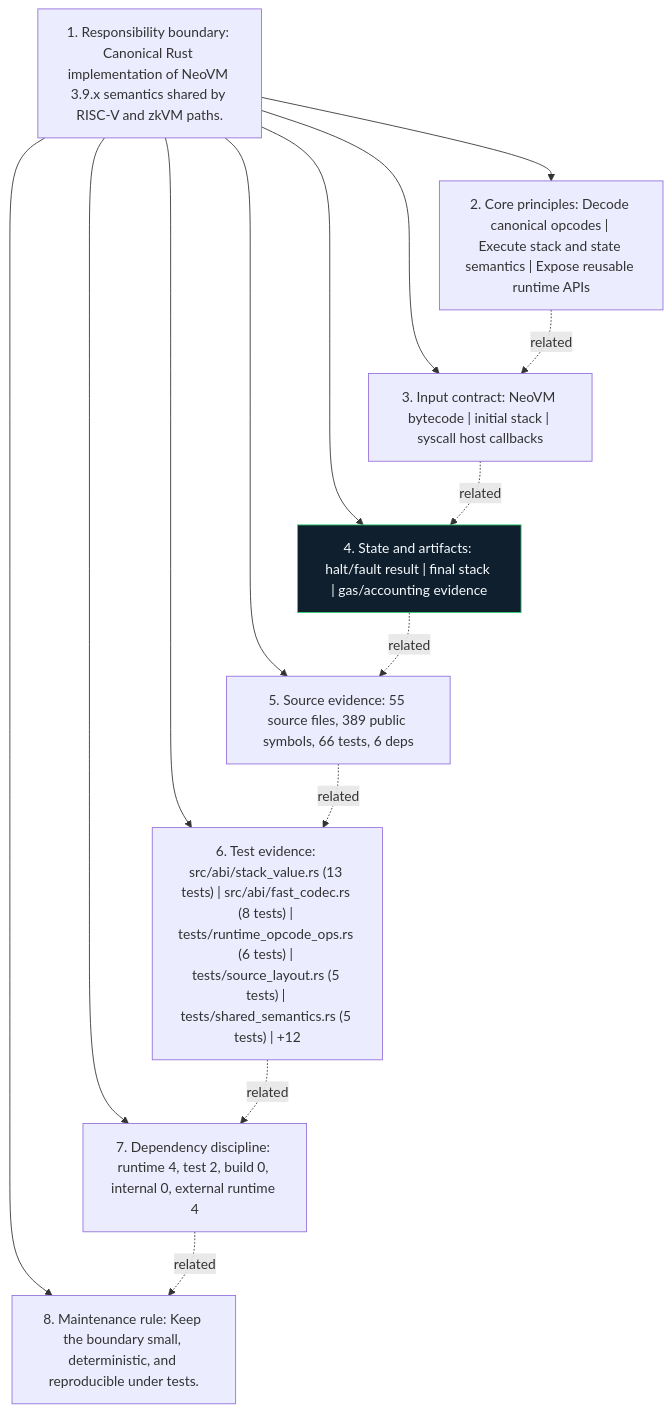
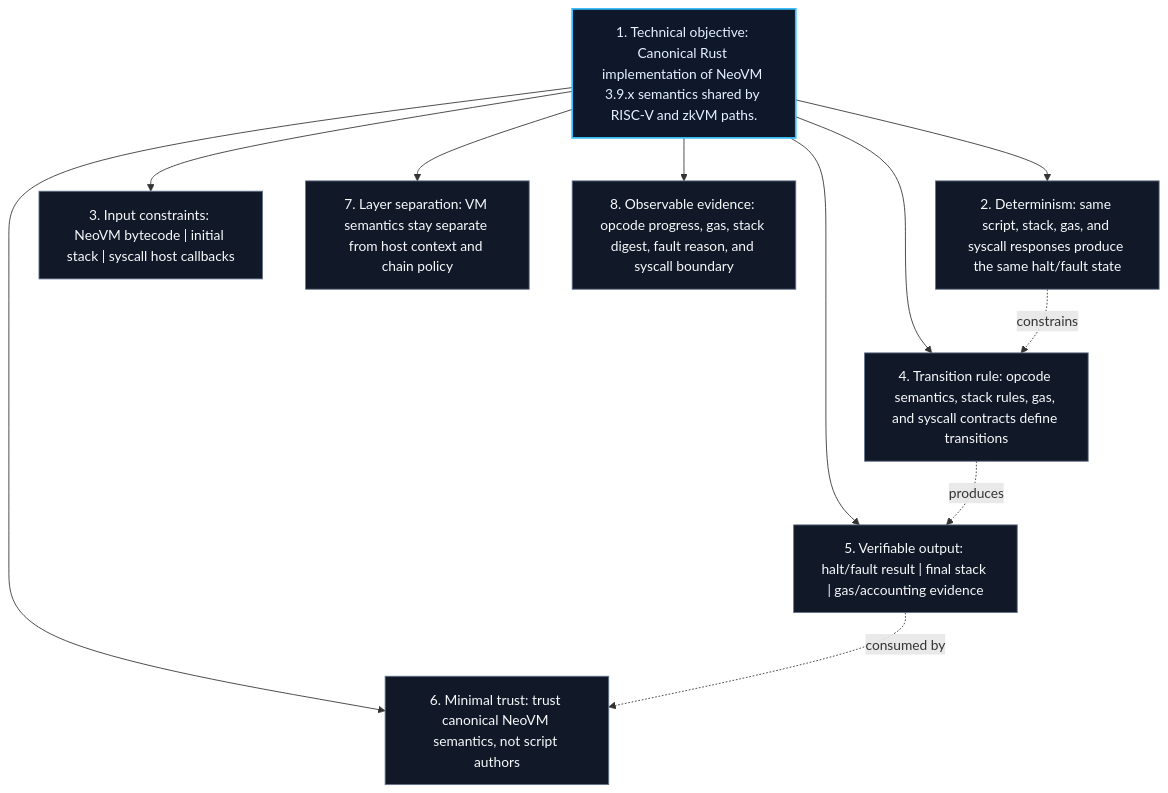
One commit to r3e-network/neo-vm-rs changed the diagram in docs/figures/principles.mmd. Above: the diagram before and after it, drawn with Mermaid. The commit also changed 63 other files, not shown here.

Commit message:
Replace crate diagrams with technical views

```diff
--- a/docs/figures/principles.mmd
+++ b/docs/figures/principles.mmd
@@ -1,24 +1,23 @@
 flowchart TB
-    N1["1. Responsibility boundary: Canonical Rust implementation of NeoVM 3.9.x semantics shared by RISC-V and zkVM paths."]
-    N2["2. Core principles: Decode canonical opcodes | Execute stack and state semantics | Expose reusable runtime APIs"]
-    N3["3. Input contract: NeoVM bytecode | initial stack | syscall host callbacks"]
-    N4["4. State and artifacts: halt/fault result | final stack | gas/accounting evidence"]
-    N5["5. Source evidence: 55 source files, 389 public symbols, 66 tests, 6 deps"]
-    N6["6. Test evidence: src/abi/stack_value.rs (13 tests) | src/abi/fast_codec.rs (8 tests) | tests/runtime_opcode_ops.rs (6 tests) | tests/source_layout.rs (5 tests) | tests/shared_semantics.rs (5 tests) | +12"]
-    N7["7. Dependency discipline: runtime 4, test 2, build 0, internal 0, external runtime 4"]
-    N8["8. Maintenance rule: Keep the boundary small, deterministic, and reproducible under tests."]
+    N1["1. Technical objective: Canonical Rust implementation of NeoVM 3.9.x semantics shared by RISC-V and zkVM paths."]
+    N2["2. Determinism: same script, stack, gas, and syscall responses produce the same halt/fault state"]
+    N3["3. Input constraints: NeoVM bytecode | initial stack | syscall host callbacks"]
+    N4["4. Transition rule: opcode semantics, stack rules, gas, and syscall contracts define transitions"]
+    N5["5. Verifiable output: halt/fault result | final stack | gas/accounting evidence"]
+    N6["6. Minimal trust: trust canonical NeoVM semantics, not script authors"]
+    N7["7. Layer separation: VM semantics stay separate from host context and chain policy"]
+    N8["8. Observable evidence: opcode progress, gas, stack digest, fault reason, and syscall boundary"]
     N1 --> N2
     N1 --> N3
     N1 --> N4
     N1 --> N5
     N1 --> N6
     N1 --> N7
     N1 --> N8
-    N2 -. related .-> N3
-    N3 -. related .-> N4
-    N4 -. related .-> N5
-    N5 -. related .-> N6
-    N6 -. related .-> N7
-    N7 -. related .-> N8
-    classDef crate fill:#101f2d,stroke:#38d978,color:#f6fbff
-    class N4 crate
+    N2 -. constrains .-> N4
+    N4 -. produces .-> N5
+    N5 -. consumed by .-> N6
+    classDef core fill:#0f172a,stroke:#38bdf8,color:#e5f2ff,stroke-width:2px;
+    classDef support fill:#111827,stroke:#64748b,color:#f8fafc;
+    class N1 core;
+    class N2,N3,N4,N5,N6,N7,N8 support;
```
